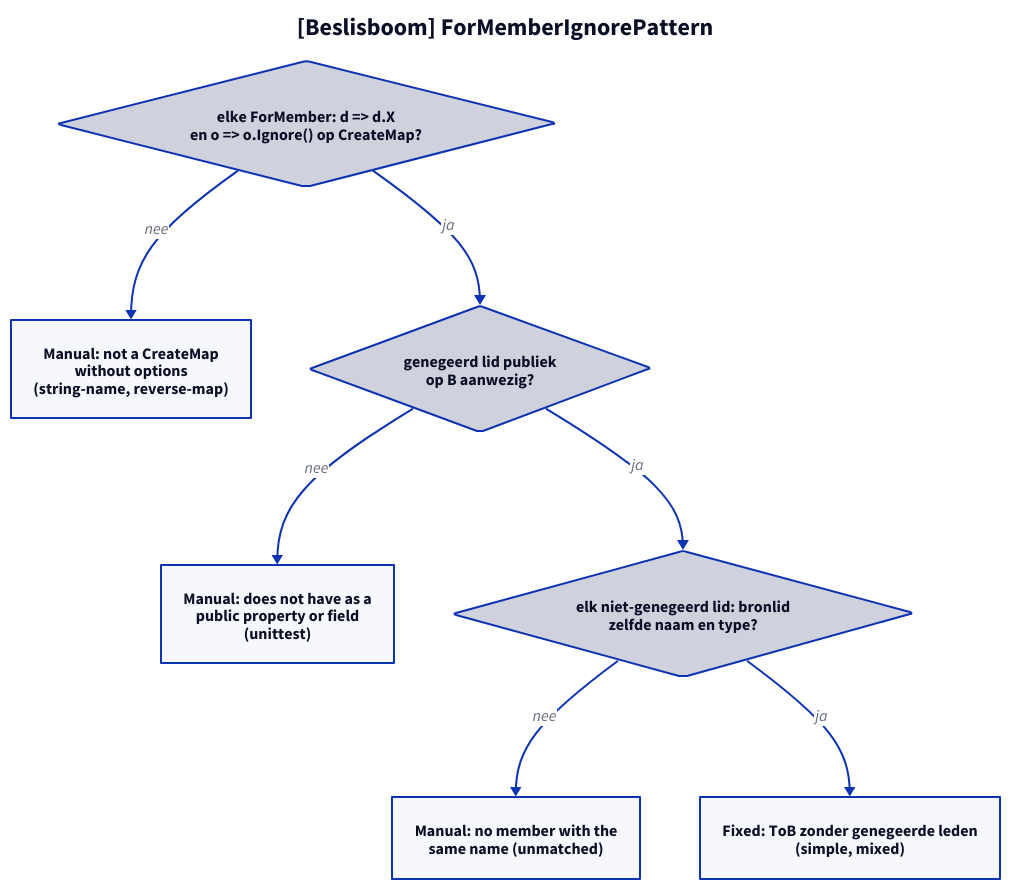
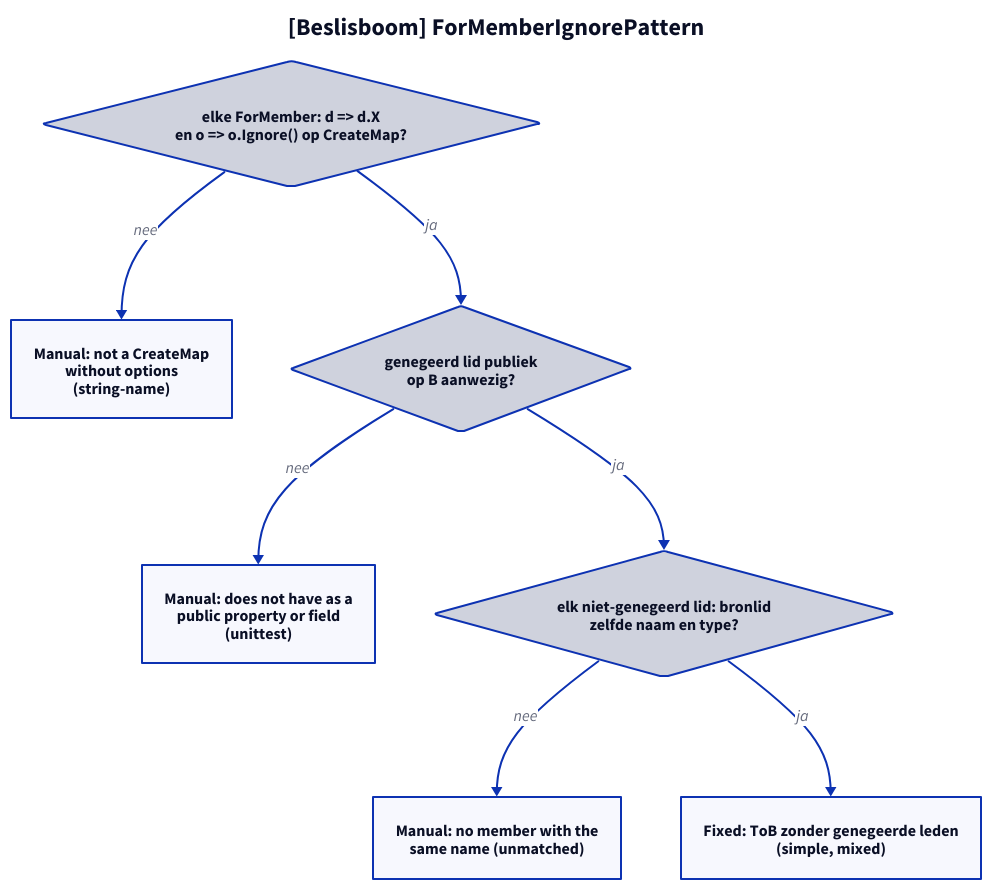
The diagram in docs/projectinfo/patterns/img/automapper-for-member-ignore-modellen-3.d2 (ATkingma/unshackle), drawn with D2 before and after one commit. The commit also changed 45 other files, not shown here.

First line of the commit message:
Rewrite AutoMapper ReverseMap as a reverse ToA method, unflattening stays Manual

```diff
--- a/docs/projectinfo/patterns/img/automapper-for-member-ignore-modellen-3.d2
+++ b/docs/projectinfo/patterns/img/automapper-for-member-ignore-modellen-3.d2
@@ -1,15 +1,15 @@
 title: "[Beslisboom] ForMemberIgnorePattern" {shape: text; near: top-center; style: {font-size: 24; bold: true}}
 direction: down
 q1: "elke ForMember: d => d.X\nen o => o.Ignore() op CreateMap?" {shape: diamond}
-m1: "Manual: not a CreateMap\nwithout options\n(string-name, reverse-map)"
+m1: "Manual: not a CreateMap\nwithout options\n(string-name)"
 q2: "genegeerd lid publiek\nop B aanwezig?" {shape: diamond}
 m2: "Manual: does not have as a\npublic property or field\n(unittest)"
 q3: "elk niet-genegeerd lid: bronlid\nzelfde naam en type?" {shape: diamond}
 m3: "Manual: no member with the\nsame name (unmatched)"
 f: "Fixed: ToB zonder genegeerde leden\n(simple, mixed)"
 q1 -> m1: nee
 q1 -> q2: ja
 q2 -> m2: nee
 q2 -> q3: ja
 q3 -> m3: nee
 q3 -> f: ja
```
